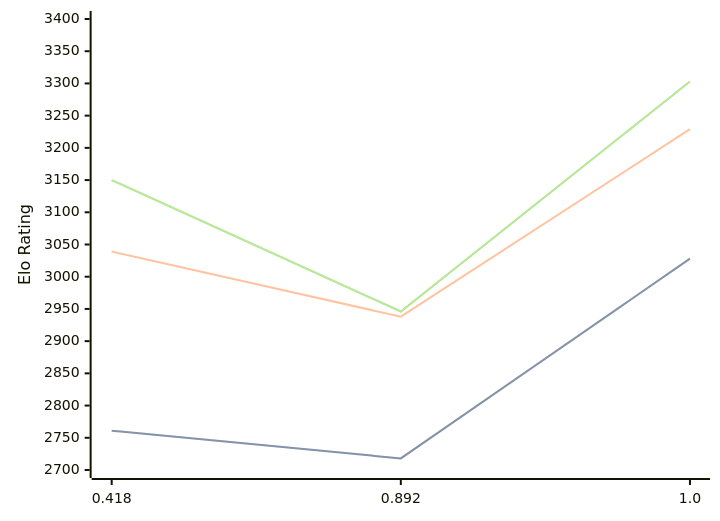
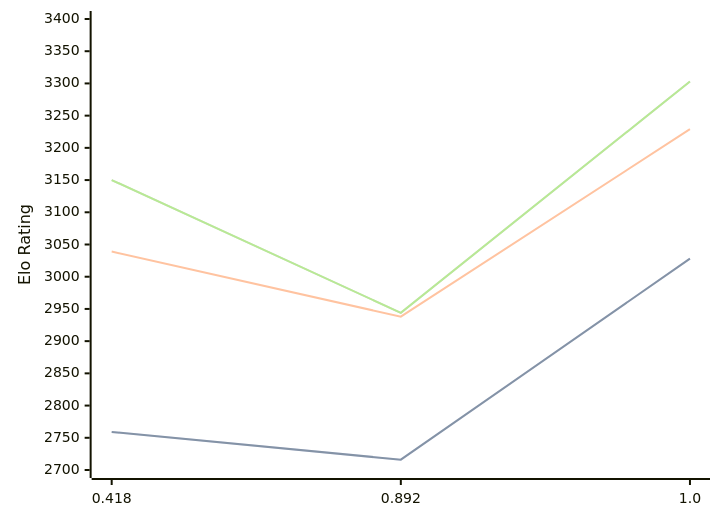
One commit to computer-chess-index/cci changed the diagram in engines/Malika.md. Above: the diagram before and after it, drawn with Mermaid. The commit also changed other lines of this file, not shown here.

Commit message:
Update CCI Ratings (ELO VLTC) - 2026-05-07

````diff
--- a/engines/Malika.md
+++ b/engines/Malika.md
@@ -33,11 +33,11 @@
 ```mermaid
 %%{init: {"theme":"base","themeVariables":{"seriesColors:['#a3a3a3','#222221','#faa371']}}}%%
 xychart-beta
   x-axis ["0.418", "0.892", "1.0"]
   y-axis "Elo Rating" 2700 --> 3400
-  line "STC (8.0+0.08s)" [2761, 2718, 3028]
-  line "STC (8.0+0.08s)" [2761, 2718, 3028]
+  line "STC (8.0+0.08s)" [2759, 2716, 3028]
+  line "STC (8.0+0.08s)" [2759, 2716, 3028]
   line "LTC (60.0+0.60s)" [3039, 2938, 3229]
-  line "VLTC (2m24s+1.12s)" [3150, 2946, 3303]
-  line "VLTC (2m24s+1.12s)" [3150, 2946, 3303]
+  line "VLTC (2m24s+1.12s)" [3150, 2944, 3303]
+  line "VLTC (2m24s+1.12s)" [3150, 2944, 3303]
 ```
````
